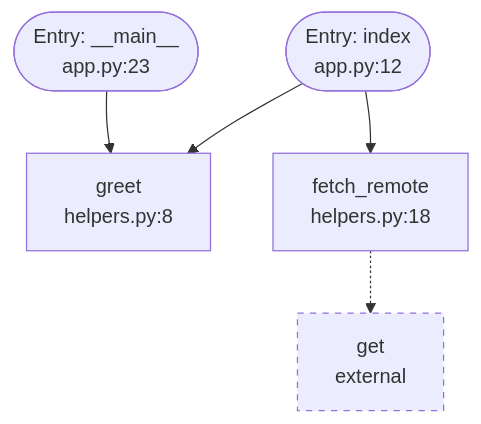
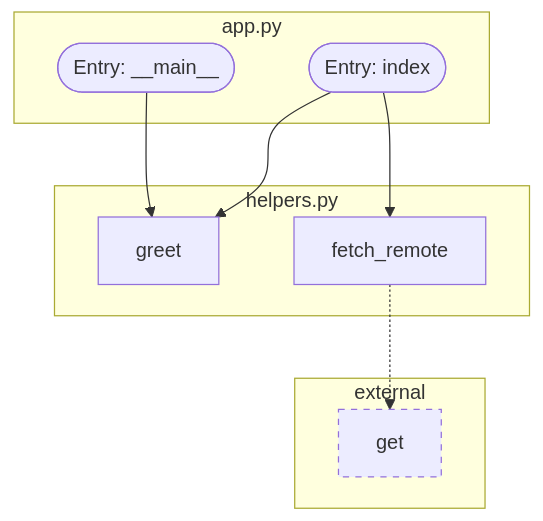
One commit to fahd12/codetodiagram changed the diagram in README.md. Above: the diagram before and after it, drawn with Mermaid. The commit also changed other lines of this file and 4 other files, not shown here.

Commit message:
Group mermaid nodes by source file

````diff
--- a/README.md
+++ b/README.md
@@ -35,13 +35,19 @@
 ```mermaid
 flowchart TD
-    n779f8d511e7254f4(["Entry: __main__<br/>app.py:23"])
-    nf6af502f8db4b076(["Entry: index<br/>app.py:12"])
-    na3b0860d24b80397["greet<br/>helpers.py:8"]
-    n262692e051323530["fetch_remote<br/>helpers.py:18"]
-    n0ea057f4bb5ef2b8["get<br/>external"]:::external
+    subgraph app["app.py"]
+        n779f8d511e7254f4(["Entry: __main__"])
+        nf6af502f8db4b076(["Entry: index"])
+    end
+    subgraph helpers["helpers.py"]
+        na3b0860d24b80397["greet"]
+        n262692e051323530["fetch_remote"]
+    end
+    subgraph ext["external"]
+        n0ea057f4bb5ef2b8["get"]:::external
+    end
     n779f8d511e7254f4 --> na3b0860d24b80397
     nf6af502f8db4b076 --> na3b0860d24b80397
     nf6af502f8db4b076 --> n262692e051323530
     n262692e051323530 -.-> n0ea057f4bb5ef2b8
     classDef external stroke-dasharray: 5 5
 ```
````
